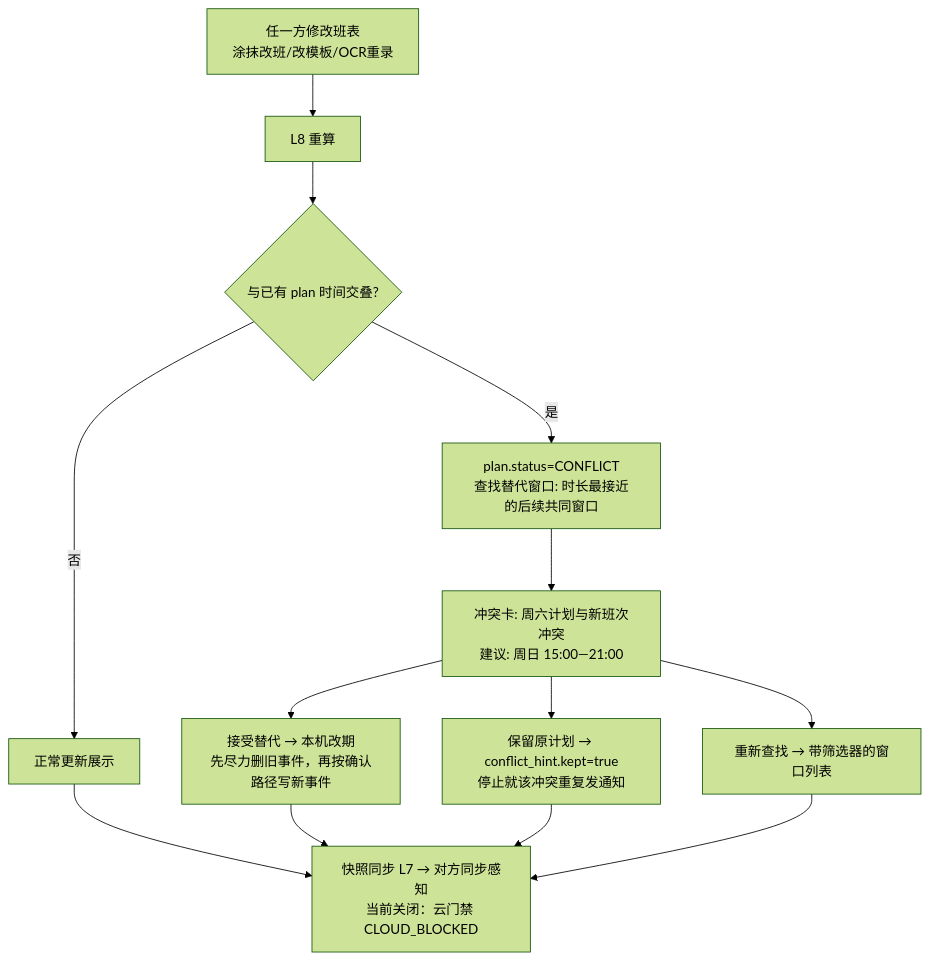
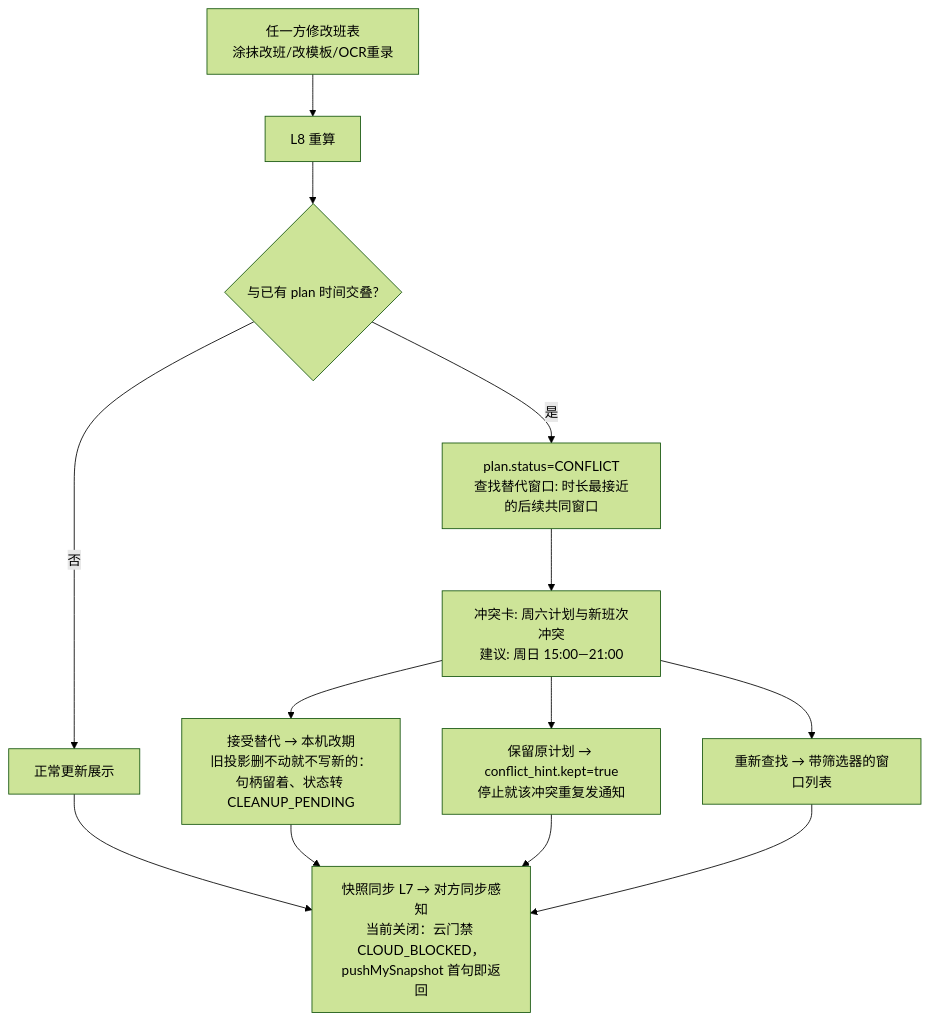
Diagram 12 of 14 in docs/03-功能链路设计.md (Shen-Yuuu/CommonRestday), drawn with Mermaid (forest theme) before and after one commit. The commit also changed other lines of this file and 24 other files, not shown here.

````diff
--- a/docs/03-功能链路设计.md
+++ b/docs/03-功能链路设计.md
@@ -237,12 +237,12 @@
 ```mermaid
 flowchart TD
     A[任一方修改班表\n涂抹改班/改模板/OCR重录] --> B[L8 重算]
     B --> C{与已有 plan 时间交叠?}
     C -- 否 --> D[正常更新展示]
     C -- 是 --> E[plan.status=CONFLICT\n查找替代窗口: 时长最接近的后续共同窗口]
     E --> F[冲突卡: 周六计划与新班次冲突\n建议: 周日 15:00—21:00]
-    F --> G1[接受替代 → 本机改期\n先尽力删旧事件，再按确认路径写新事件]
+    F --> G1[接受替代 → 本机改期\n旧投影删不动就不写新的：句柄留着、状态转 CLEANUP_PENDING]
     F --> G2[保留原计划 → conflict_hint.kept=true\n停止就该冲突重复发通知]
     F --> G3[重新查找 → 带筛选器的窗口列表]
-    D & G1 & G2 & G3 --> H[快照同步 L7 → 对方同步感知\n当前关闭：云门禁 CLOUD_BLOCKED]
+    D & G1 & G2 & G3 --> H[快照同步 L7 → 对方同步感知\n当前关闭：云门禁 CLOUD_BLOCKED，pushMySnapshot 首句即返回]
 ```
````
